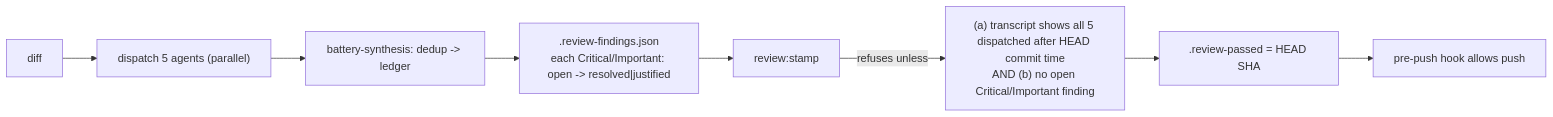
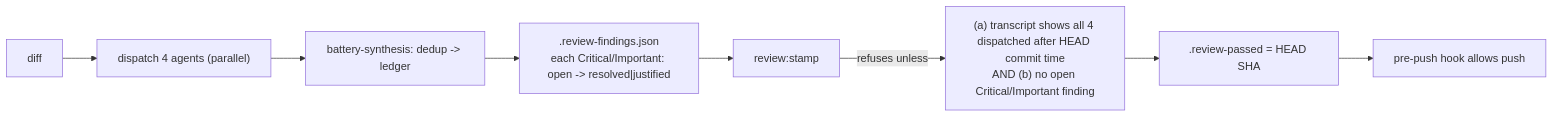
The second of 3 diagrams in docs/06-ai-development.md (erikunha/portfolio), drawn with Mermaid before and after one commit. The commit also changed other lines of this file and 79 other files, not shown here.

````diff
--- a/docs/06-ai-development.md
+++ b/docs/06-ai-development.md
@@ -60,10 +60,10 @@
 ```mermaid
 flowchart LR
-    change["diff"] --> battery["dispatch 5 agents (parallel)"]
+    change["diff"] --> battery["dispatch 4 agents (parallel)"]
     battery --> synth["battery-synthesis: dedup -> ledger"]
     synth --> ledger[".review-findings.json<br/>each Critical/Important: open -> resolved|justified"]
     ledger --> stamp["review:stamp"]
-    stamp -->|refuses unless| cond["(a) transcript shows all 5 dispatched after HEAD commit time<br/>AND (b) no open Critical/Important finding"]
+    stamp -->|refuses unless| cond["(a) transcript shows all 4 dispatched after HEAD commit time<br/>AND (b) no open Critical/Important finding"]
     cond --> passed[".review-passed = HEAD SHA"]
     passed --> push["pre-push hook allows push"]
 ```
````
